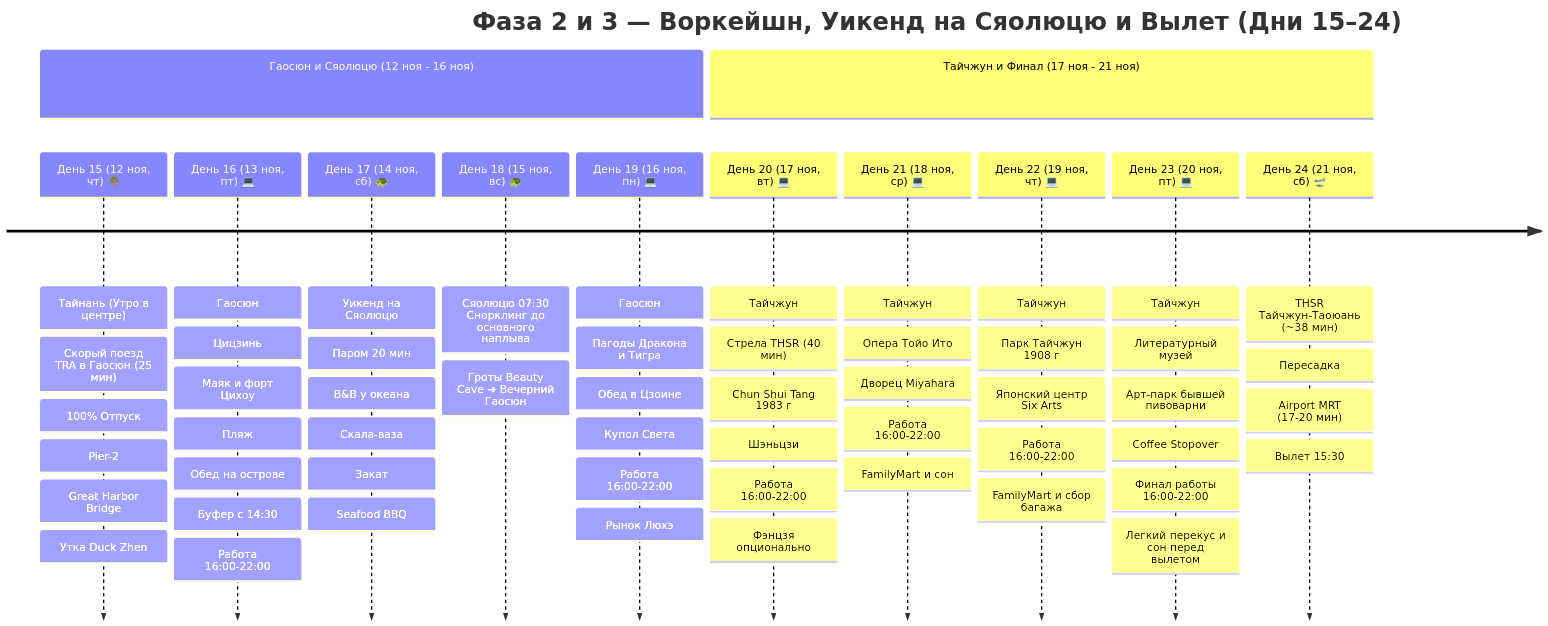
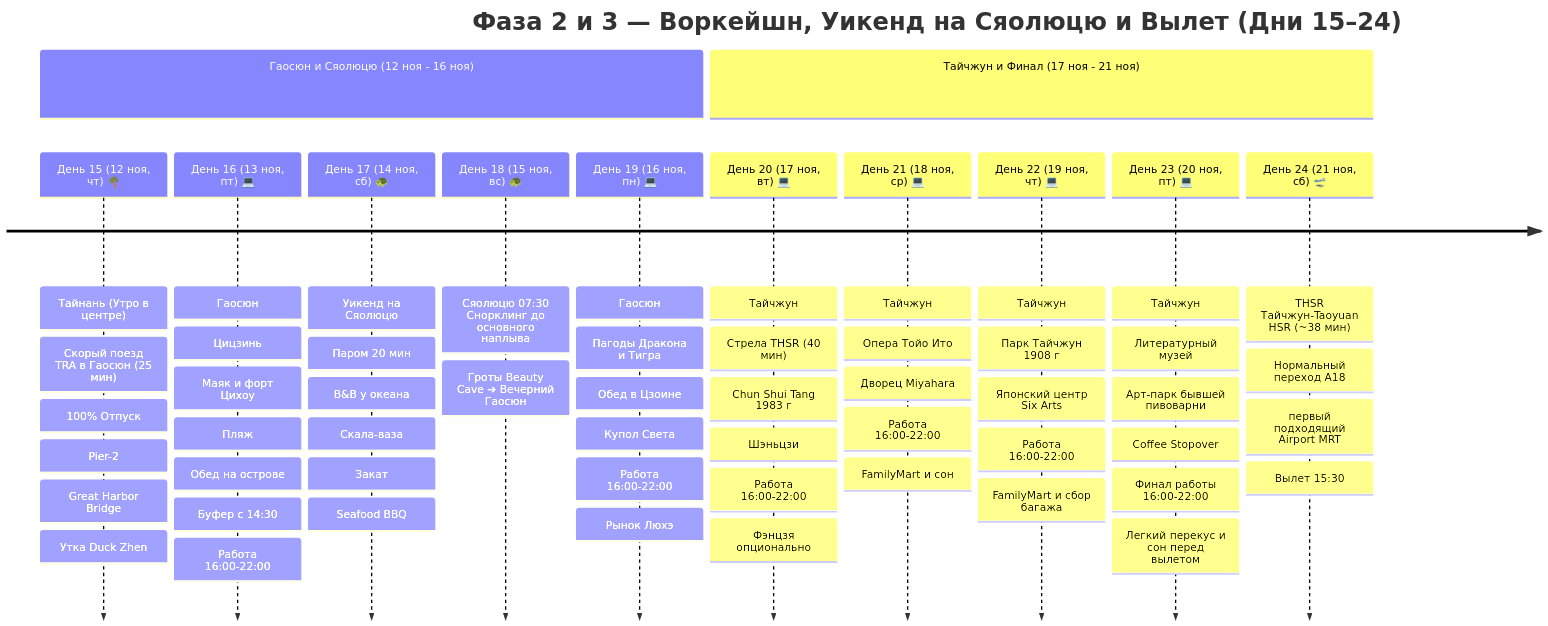
The second of 2 diagrams in Personal Note/Travel/-- Taiwan/Taiwan.md (injurka/obsidian-mark), drawn with Mermaid before and after one commit. The commit also changed other lines of this file and 7 other files, not shown here.

````diff
--- a/Personal Note/Travel/-- Taiwan/Taiwan.md
+++ b/Personal Note/Travel/-- Taiwan/Taiwan.md
@@ -74,16 +74,16 @@
 ```mermaid
 timeline
     title Фаза 2 и 3 — Воркейшн, Уикенд на Сяолюцю и Вылет (Дни 15–24)
     section Гаосюн и Сяолюцю (12 ноя - 16 ноя)
         День 15 (12 ноя, чт) 🌴 : Тайнань (Утро в центре) : Скорый поезд TRA в Гаосюн (25 мин) : 100% Отпуск : Pier-2 : Great Harbor Bridge : Утка Duck Zhen
         День 16 (13 ноя, пт) 💻 : Гаосюн : Цицзинь : Маяк и форт Цихоу : Пляж : Обед на острове : Буфер с 14:30 : Работа 16:00-22:00
         День 17 (14 ноя, сб) 🐢 : Уикенд на Сяолюцю : Паром 20 мин : B&B у океана : Скала-ваза : Закат : Seafood BBQ
         День 18 (15 ноя, вс) 🐢 : Сяолюцю 07:30 Снорклинг до основного наплыва : Гроты Beauty Cave ➔ Вечерний Гаосюн
         День 19 (16 ноя, пн) 💻 : Гаосюн : Пагоды Дракона и Тигра : Обед в Цзоине : Купол Света : Работа 16:00-22:00 : Рынок Люхэ
     section Тайчжун и Финал (17 ноя - 21 ноя)
         День 20 (17 ноя, вт) 💻 : Тайчжун : Стрела THSR (40 мин) : Chun Shui Tang 1983 г : Шэньцзи : Работа 16:00-22:00 : Фэнцзя опционально
         День 21 (18 ноя, ср) 💻 : Тайчжун : Опера Тойо Ито : Дворец Miyahara : Работа 16:00-22:00 : FamilyMart и сон
         День 22 (19 ноя, чт) 💻 : Тайчжун : Парк Тайчжун 1908 г : Японский центр Six Arts : Работа 16:00-22:00 : FamilyMart и сбор багажа
         День 23 (20 ноя, пт) 💻 : Тайчжун : Литературный музей : Арт-парк бывшей пивоварни : Coffee Stopover : Финал работы 16:00-22:00 : Легкий перекус и сон перед вылетом
-        День 24 (21 ноя, сб) 🛫 : THSR Тайчжун-Таоюань (~38 мин) : Пересадка : Airport MRT (17-20 мин) : Вылет 15:30
+        День 24 (21 ноя, сб) 🛫 : THSR Тайчжун-Taoyuan HSR (~38 мин) : Нормальный переход A18 : первый подходящий Airport MRT : Вылет 15:30
 ```
````
